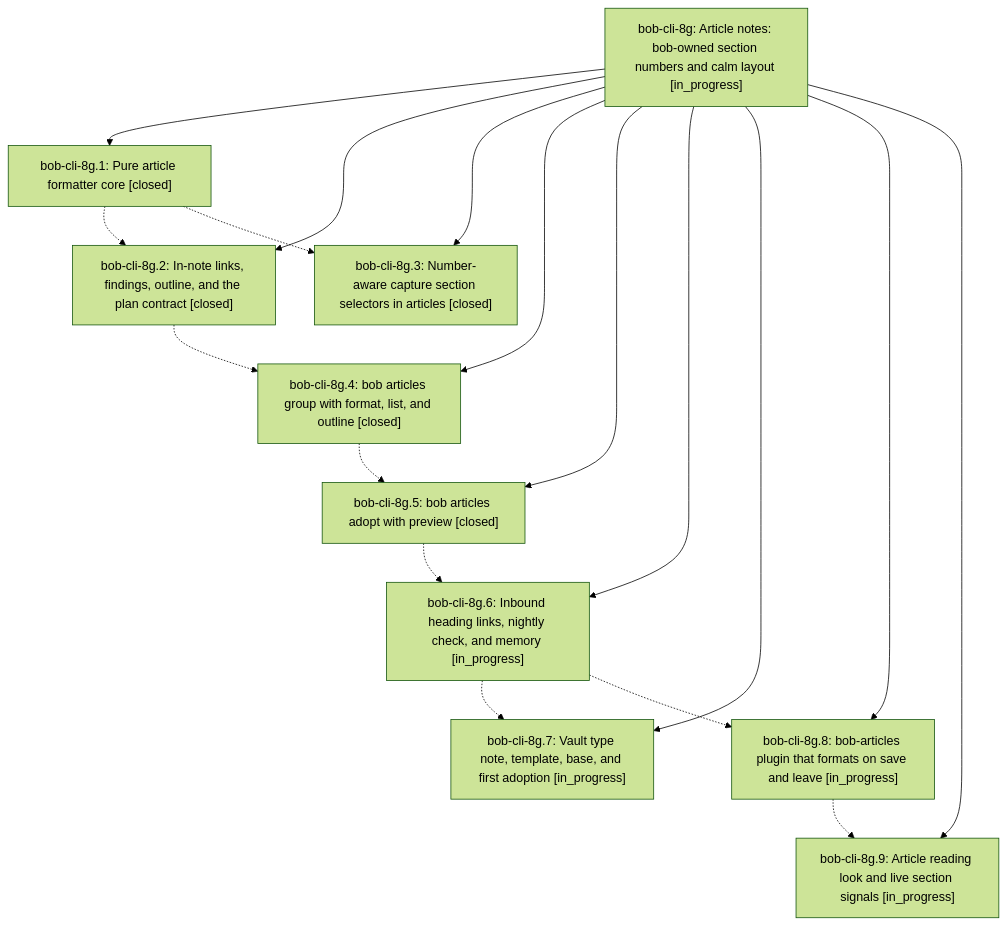
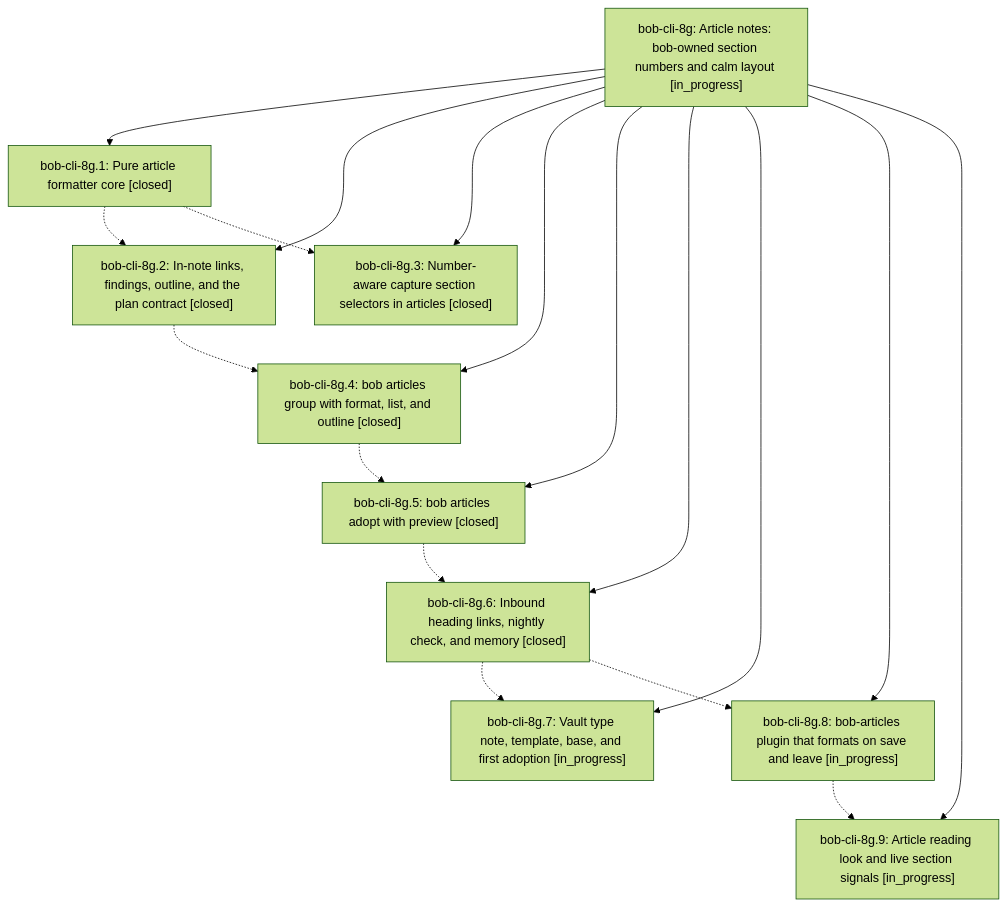
The diagram in pages/bob-cli-8g/README.md (bobs-org/bob-cli--beads), drawn with Mermaid (forest theme) before and after one commit. The commit also changed other lines of this file and 5 other files, not shown here.

First line of the commit message:
chore(beads): sync bead state and pages for bob-cli-8g

````diff
--- a/pages/bob-cli-8g/README.md
+++ b/pages/bob-cli-8g/README.md
@@ -42,30 +42,30 @@
 ```mermaid
 flowchart TD
     n0["bob-cli-8g: Article notes: bob-owned section numbers and calm layout [in_progress]"]
     n1["bob-cli-8g.1: Pure article formatter core [closed]"]
     n2["bob-cli-8g.2: In-note links, findings, outline, and the plan contract [closed]"]
     n3["bob-cli-8g.3: Number-aware capture section selectors in articles [closed]"]
     n4["bob-cli-8g.4: bob articles group with format, list, and outline [closed]"]
     n5["bob-cli-8g.5: bob articles adopt with preview [closed]"]
-    n6["bob-cli-8g.6: Inbound heading links, nightly check, and memory [in_progress]"]
+    n6["bob-cli-8g.6: Inbound heading links, nightly check, and memory [closed]"]
     n7["bob-cli-8g.7: Vault type note, template, base, and first adoption [in_progress]"]
     n8["bob-cli-8g.8: bob-articles plugin that formats on save and leave [in_progress]"]
     n9["bob-cli-8g.9: Article reading look and live section signals [in_progress]"]
     n0 --> n1
     n0 --> n2
     n0 --> n3
     n0 --> n4
     n0 --> n5
     n0 --> n6
     n0 --> n7
     n0 --> n8
     n0 --> n9
     n1 -.-> n2
     n1 -.-> n3
     n2 -.-> n4
     n4 -.-> n5
     n5 -.-> n6
     n6 -.-> n7
     n6 -.-> n8
     n8 -.-> n9
 ```
````
